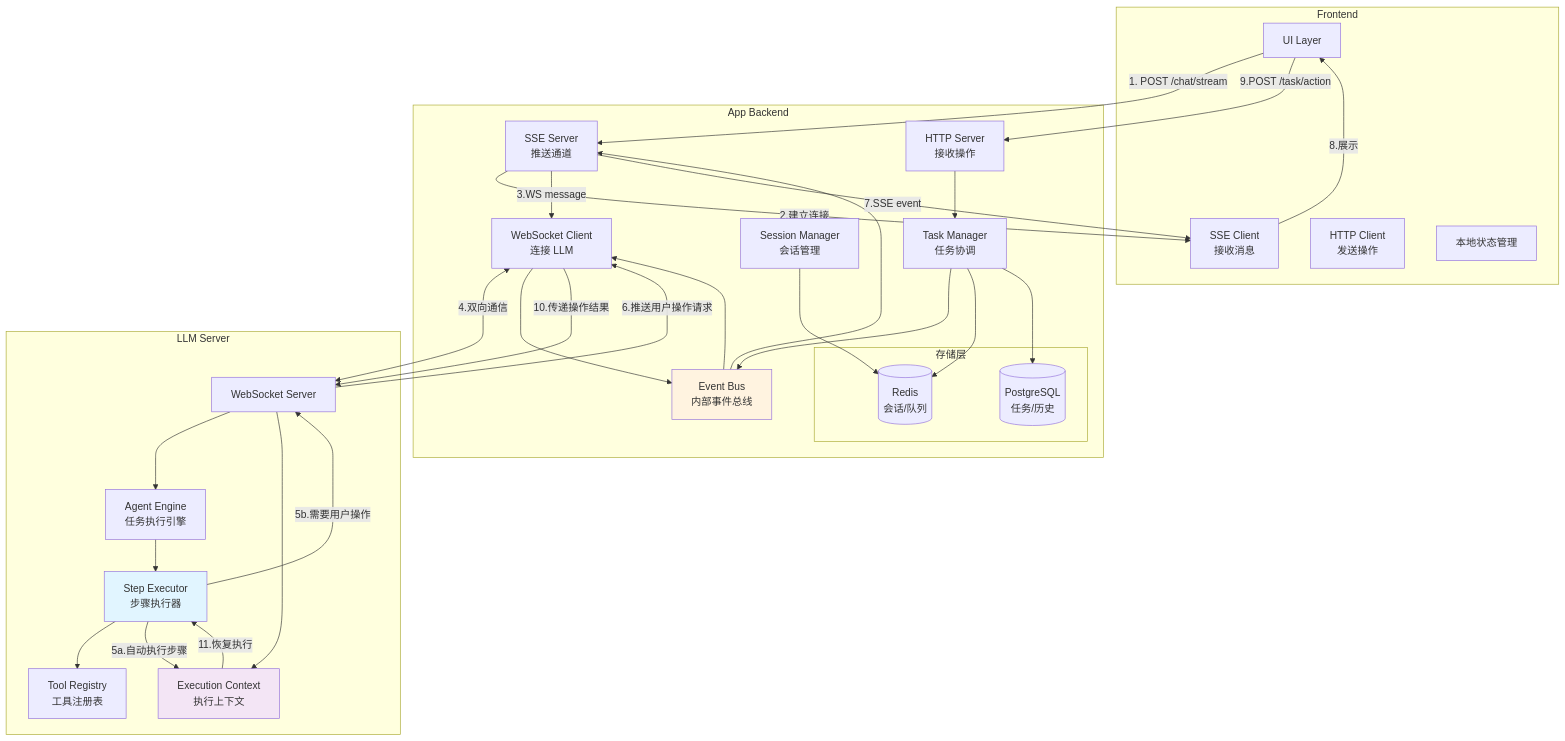
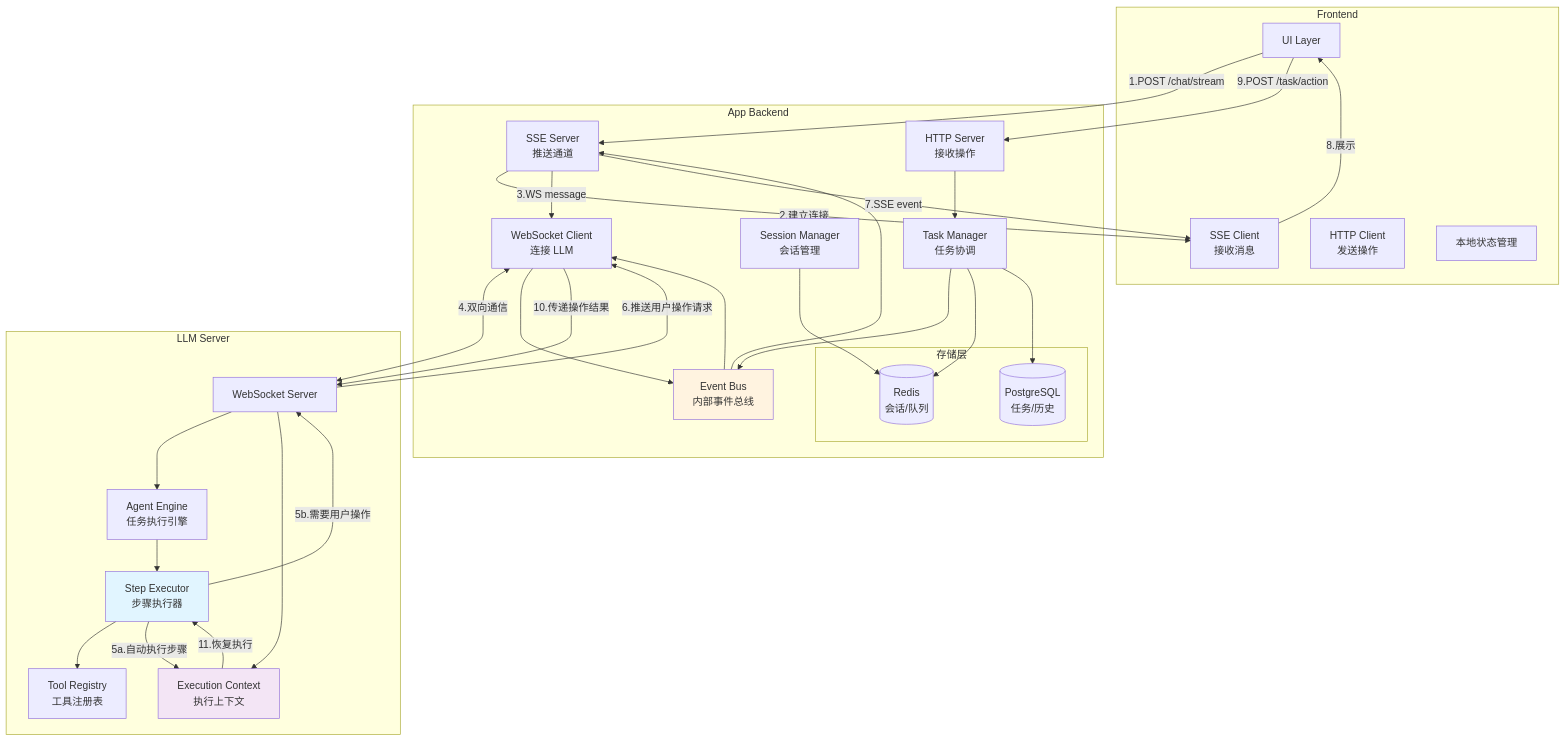
The diagram in all/未命名-10.md (yingjianzh/iodraw-files), drawn with Mermaid before and after one commit.

Commit message:
2025-12-18 10:01:56 update

````diff
--- a/all/未命名-10.md
+++ b/all/未命名-10.md
@@ -1,65 +1,65 @@
 ```mermaid
 graph TB
     subgraph Frontend["Frontend"]
         UI[UI Layer]
         SSE_C[SSE Client<br/>接收消息]
         HTTP_C[HTTP Client<br/>发送操作]
         LocalState[本地状态管理]
     end
 
     subgraph AppBackend["App Backend"]
         SSE_S[SSE Server<br/>推送通道]
         HTTP_S[HTTP Server<br/>接收操作]
         WS_Client[WebSocket Client<br/>连接 LLM]
         
         SessionMgr[Session Manager<br/>会话管理]
         TaskMgr[Task Manager<br/>任务协调]
         EventBus[Event Bus<br/>内部事件总线]
         
         subgraph Storage["存储层"]
             Redis[(Redis<br/>会话/队列)]
             DB[(PostgreSQL<br/>任务/历史)]
         end
     end
 
     subgraph LLMServer["LLM Server"]
         WS_Server[WebSocket Server]
         AgentEngine[Agent Engine<br/>任务执行引擎]
         StepExecutor[Step Executor<br/>步骤执行器]
         ToolRegistry[Tool Registry<br/>工具注册表]
         ExecutionCtx[Execution Context<br/>执行上下文]
     end
 
-    UI -->|1. POST /chat/stream| SSE_S
+    UI -->|1.POST /chat/stream| SSE_S
     SSE_S -->|2.建立连接| SSE_C
     SSE_S -->|3.WS message| WS_Client
     WS_Client <-->|4.双向通信| WS_Server
     
     WS_Server --> AgentEngine
     AgentEngine --> StepExecutor
     StepExecutor --> ToolRegistry
     
     StepExecutor -->|5a.自动执行步骤| ExecutionCtx
     StepExecutor -->|5b.需要用户操作| WS_Server
     WS_Server -->|6.推送用户操作请求| WS_Client
     WS_Client --> EventBus
     EventBus --> SSE_S
     SSE_S -->|7.SSE event| SSE_C
     SSE_C -->|8.展示| UI
     
     UI -->|9.POST /task/action| HTTP_S
     HTTP_S --> TaskMgr
     TaskMgr --> EventBus
     EventBus --> WS_Client
     WS_Client -->|10.传递操作结果| WS_Server
     WS_Server --> ExecutionCtx
     ExecutionCtx -->|11.恢复执行| StepExecutor
     
     SessionMgr --> Redis
     TaskMgr --> Redis
     TaskMgr --> DB
     
     style StepExecutor fill:#e1f5ff
     style EventBus fill:#fff3e0
     style ExecutionCtx fill:#f3e5f5
 ```
````
